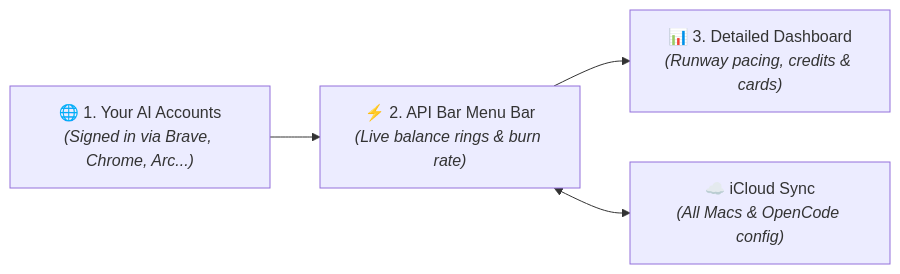
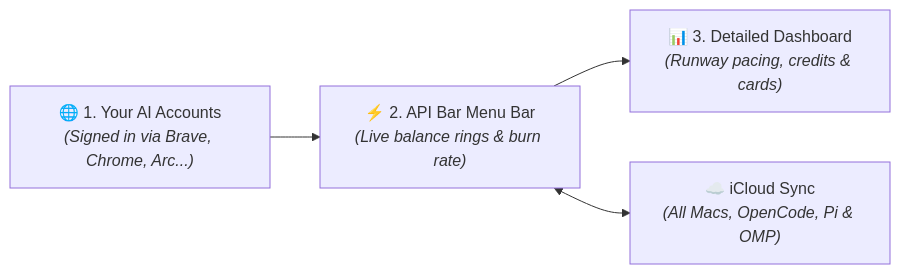
Before and after one commit to 0xCosmosly/API-Bar: the diagram in README.md, drawn with Mermaid. The commit also changed other lines of this file and 15 other files, not shown here.

First line of the commit message:
chore: release v0.5.3 with OMP sync, Heimdallm refinements, and pacing fixes

````diff
--- a/README.md
+++ b/README.md
@@ -101,6 +101,6 @@
 ```mermaid
 flowchart LR
     A["🌐 1. Your AI Accounts<br/><i>(Signed in via Brave, Chrome, Arc...)</i>"] --> B["⚡️ 2. API Bar Menu Bar<br/><i>(Live balance rings & burn rate)</i>"]
     B --> C["📊 3. Detailed Dashboard<br/><i>(Runway pacing, credits & cards)</i>"]
-    B <--> D["☁️ iCloud Sync<br/><i>(All Macs & OpenCode config)</i>"]
+    B <--> D["☁️ iCloud Sync<br/><i>(All Macs, OpenCode, Pi & OMP)</i>"]
 ```
````
